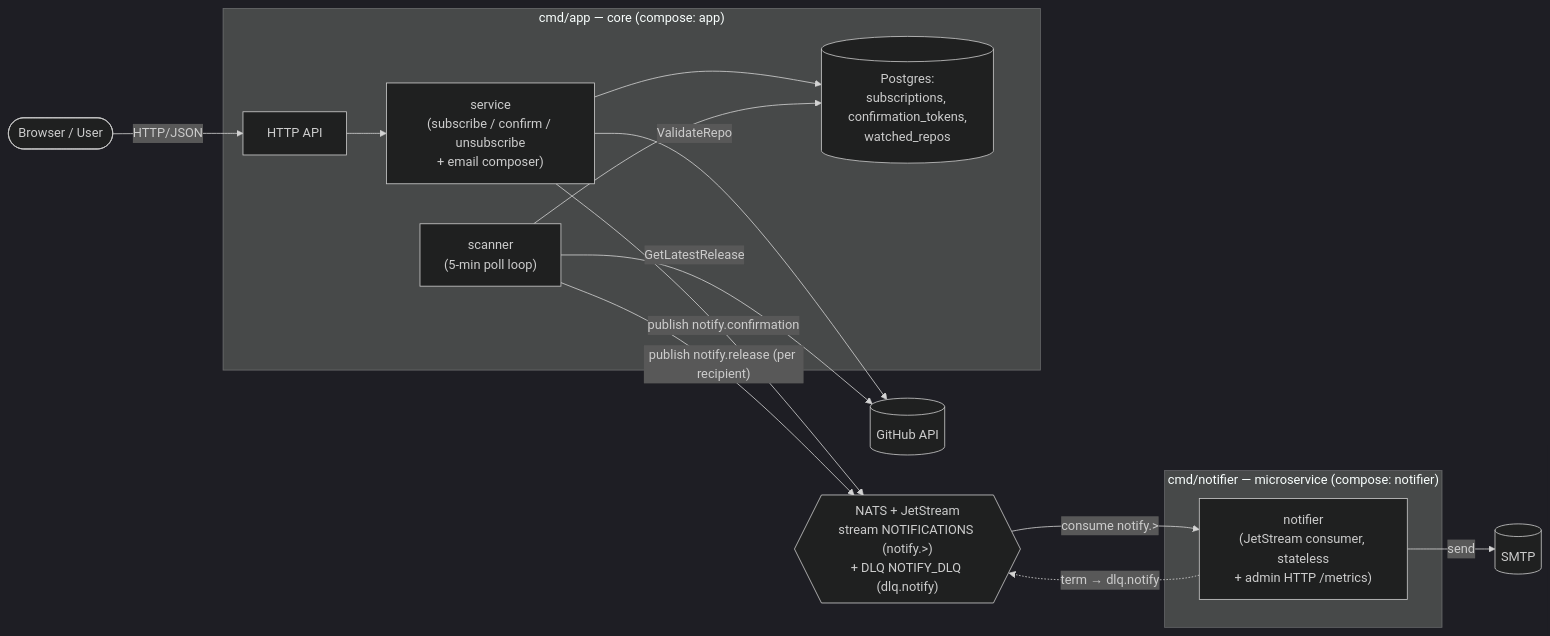
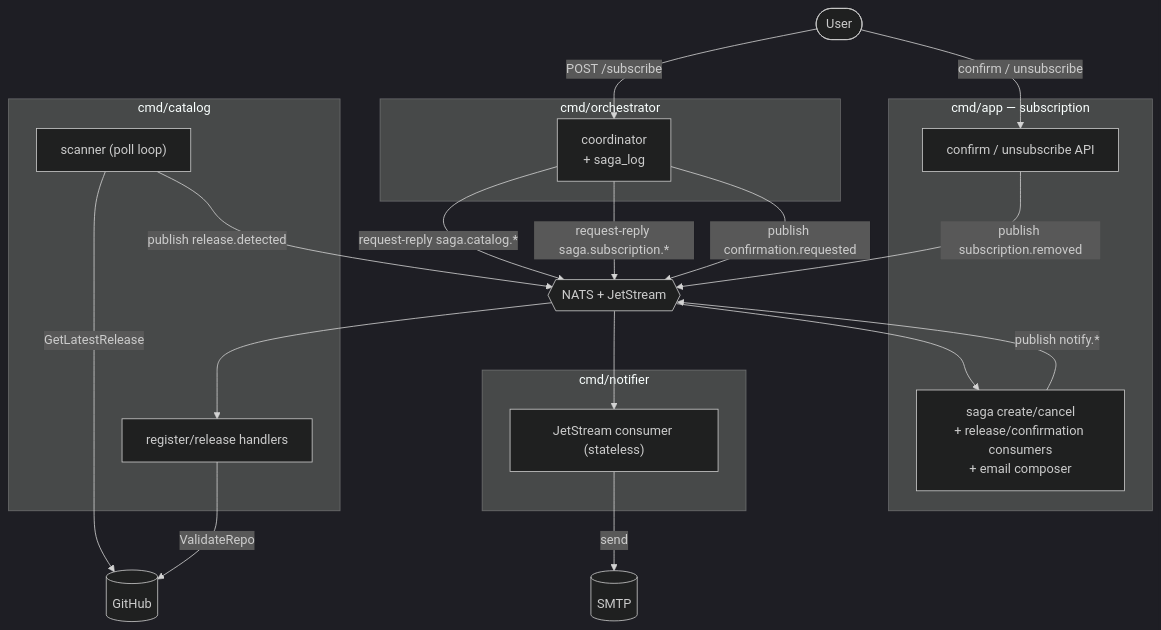
The diagram in docs/microservices.md (GenesisEducationKyiv/software-engineering-school-6-0-Andriy-Sydorenko), drawn with Mermaid (dark theme) before and after one commit. The commit also changed other lines of this file and 2 other files, not shown here.

Commit message:
docs(adr): ADR-014 cross-service transaction strategy; refresh topology + README

````diff
--- a/docs/microservices.md
+++ b/docs/microservices.md
@@ -29,28 +44,36 @@
 ```mermaid
-flowchart LR
-  Client([Browser / User])
-  subgraph CORE["cmd/app — core (compose: app)"]
-    API["HTTP API"]
-    SVC["service<br/>(subscribe / confirm / unsubscribe<br/>+ email composer)"]
-    SCAN["scanner<br/>(5-min poll loop)"]
-    DB[("Postgres:<br/>subscriptions, confirmation_tokens,<br/>watched_repos")]
-    API --> SVC
-    SVC --> DB
-    SCAN --> DB
+flowchart TB
+  Client([User])
+  subgraph ORCH["cmd/orchestrator"]
+    CO["coordinator<br/>+ saga_log"]
   end
-  NATS{{"NATS + JetStream<br/>stream NOTIFICATIONS (notify.>)<br/>+ DLQ NOTIFY_DLQ (dlq.notify)"}}
-  subgraph NOT["cmd/notifier — microservice (compose: notifier)"]
-    NS["notifier<br/>(JetStream consumer, stateless<br/>+ admin HTTP /metrics)"]
+  subgraph SUB["cmd/app — subscription"]
+    API["confirm / unsubscribe API"]
+    SH["saga create/cancel<br/>+ release/confirmation consumers<br/>+ email composer"]
   end
-  GH[("GitHub API")]
+  subgraph CAT["cmd/catalog"]
+    CH["register/release handlers"]
+    SCAN["scanner (poll loop)"]
+  end
+  subgraph NOT["cmd/notifier"]
+    NS["JetStream consumer (stateless)"]
+  end
+  NATS{{"NATS + JetStream"}}
+  GH[("GitHub")]
   SMTP[("SMTP")]
 
-  Client -->|HTTP/JSON| API
-  SVC -->|"publish notify.confirmation"| NATS
-  SCAN -->|"publish notify.release (per recipient)"| NATS
-  NATS -->|"consume notify.>"| NS
-  NS -.->|"term → dlq.notify"| NATS
-  SVC -->|ValidateRepo| GH
+  Client -->|"POST /subscribe"| CO
+  Client -->|"confirm / unsubscribe"| API
+  CO -->|"request-reply saga.catalog.*"| NATS
+  CO -->|"request-reply saga.subscription.*"| NATS
+  CO -->|"publish confirmation.requested"| NATS
+  NATS --> CH
+  NATS --> SH
+  CH -->|ValidateRepo| GH
   SCAN -->|GetLatestRelease| GH
+  SCAN -->|"publish release.detected"| NATS
+  SH -->|"publish notify.*"| NATS
+  API -->|"publish subscription.removed"| NATS
+  NATS --> NS
   NS -->|send| SMTP
 ```
````
